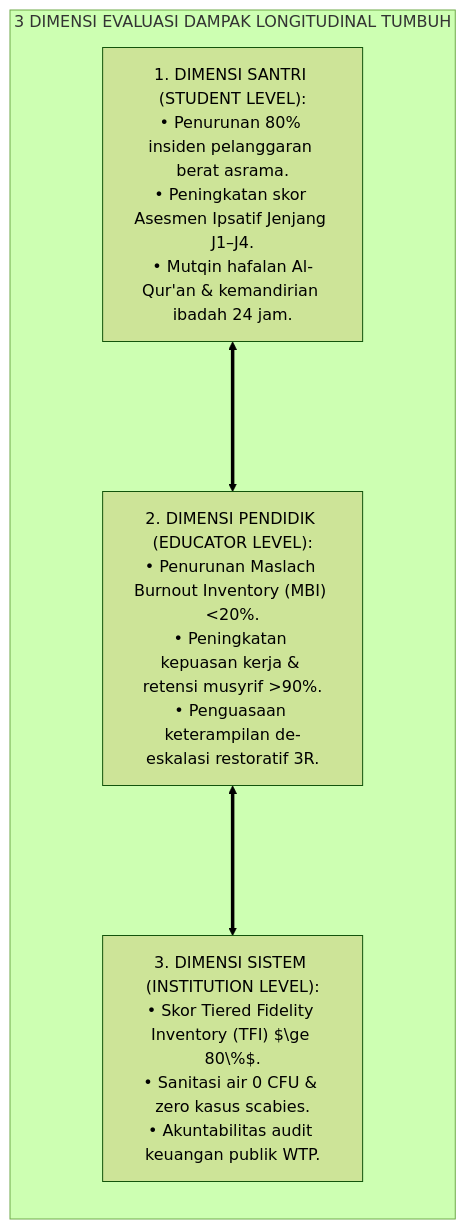
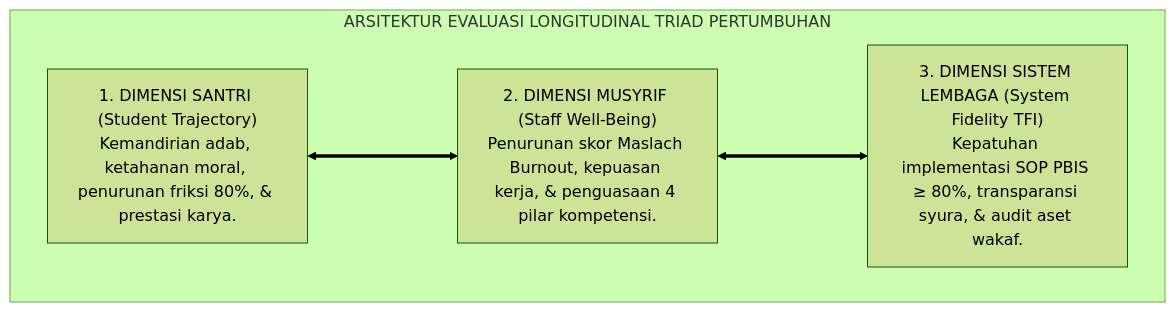
Before and after one commit to wandiapriliyandi/tumbuh: the second of 4 diagrams in 01 Philosophy/06 Change/P1-06-06-Evaluasi-Dampak-Longitudinal-Transformasi-Pesantren.md, drawn with Mermaid (forest theme). The commit also changed other lines of this file and 7 other files, not shown here.

````diff
--- a/01 Philosophy/06 Change/P1-06-06-Evaluasi-Dampak-Longitudinal-Transformasi-Pesantren.md
+++ b/01 Philosophy/06 Change/P1-06-06-Evaluasi-Dampak-Longitudinal-Transformasi-Pesantren.md
@@ -108,12 +113,13 @@
 ```mermaid
-graph LR
-    subgraph TigaDimensiEvaluasiLongitudinal["3 DIMENSI EVALUASI DAMPAK LONGITUDINAL TUMBUH"]
-        D1["1. DIMENSI SANTRI (STUDENT LEVEL):<br/>• Penurunan 80% insiden pelanggaran berat asrama.<br/>• Peningkatan skor Asesmen Ipsatif Jenjang J1–J4.<br/>• Mutqin hafalan Al-Qur'an & kemandirian ibadah 24 jam."]
+flowchart TD
+    subgraph ArsitekturEvaluasiLongitudinalTUMBUH["ARSITEKTUR EVALUASI LONGITUDINAL TRIAD PERTUMBUHAN"]
         
-        D2["2. DIMENSI PENDIDIK (EDUCATOR LEVEL):<br/>• Penurunan Maslach Burnout Inventory (MBI) <20%.<br/>• Peningkatan kepuasan kerja & retensi musyrif >90%.<br/>• Penguasaan keterampilan de-eskalasi restoratif 3R."]
+        E1_Triad["1. DIMENSI SANTRI (Student Trajectory)<br/>Kemandirian adab, ketahanan moral, penurunan friksi 80%, & prestasi karya."]
         
-        D3["3. DIMENSI SISTEM (INSTITUTION LEVEL):<br/>• Skor Tiered Fidelity Inventory (TFI) $\ge 80\%$.<br/>• Sanitasi air 0 CFU & zero kasus scabies.<br/>• Akuntabilitas audit keuangan publik WTP."]
+        E2_Triad["2. DIMENSI MUSYRIF (Staff Well-Being)<br/>Penurunan skor Maslach Burnout, kepuasan kerja, & penguasaan 4 pilar kompetensi."]
         
-        D1 <===> D2 <===> D3
+        E3_Triad["3. DIMENSI SISTEM LEMBAGA (System Fidelity TFI)<br/>Kepatuhan implementasi SOP PBIS ≥ 80%, transparansi syura, & audit aset wakaf."]
+        
+        E1_Triad <===> E2_Triad <===> E3_Triad
     end
 ```
````
